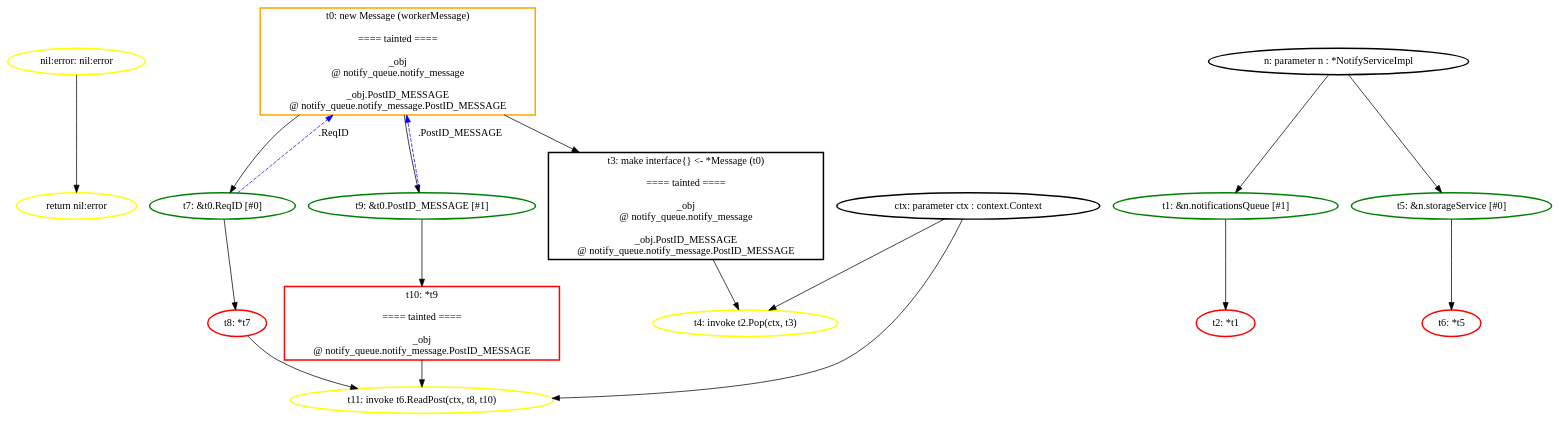
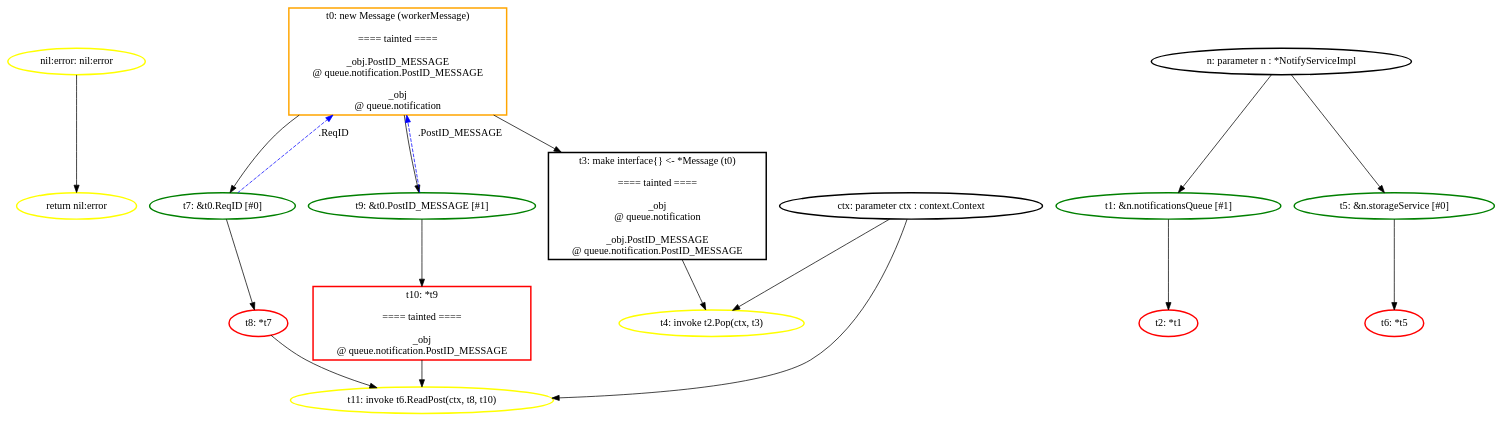
Before and after one commit to aletheia-microservices/aletheia: the diagram in ssa_analysis/analyzer/output/blueprint/postnotification/notifyservice_run/graphs/postnotification_simple.NotifyServiceImpl.workerThread.dot, drawn with Graphviz. The commit also changed 20 other files, not shown here.

```diff
--- a/ssa_analysis/analyzer/output/blueprint/postnotification/notifyservice_run/graphs/postnotification_simple.NotifyServiceImpl.workerThread.dot
+++ b/ssa_analysis/analyzer/output/blueprint/postnotification/notifyservice_run/graphs/postnotification_simple.NotifyServiceImpl.workerThread.dot
@@ -1,60 +1,60 @@
 digraph G {
 	rankdir=TD;
-	N_instr_ret_4103423 [label="return nil:error", style=bold, shape=ellipse, color="yellow"];
-	N_nil_2082022765 [label="nil:error: nil:error", style=bold, shape=ellipse, color="yellow"];
-	N_val_alloc_4103246 [label="t0: new Message (workerMessage)
+	N_instr_ret_2811594 [label="return nil:error", style=bold, shape=ellipse, color="yellow"];
+	N_nil_1697108372 [label="nil:error: nil:error", style=bold, shape=ellipse, color="yellow"];
+	N_val_alloc_2811417 [label="t0: new Message (workerMessage)
 
 ==== tainted ====
 
+_obj.PostID_MESSAGE
+@ queue.notification.PostID_MESSAGE
+
 _obj
-@ notify_queue.notify_message
-
-_obj.PostID_MESSAGE
-@ notify_queue.notify_message.PostID_MESSAGE
+@ queue.notification
 ", style=bold, shape=box, color="orange"];
-	N_val_call_4103294 [label="t4: invoke t2.Pop(ctx, t3)", style=bold, shape=ellipse, color="yellow"];
-	N_val_call_4103343 [label="t11: invoke t6.ReadPost(ctx, t8, t10)", style=bold, shape=ellipse, color="yellow"];
-	N_val_field_4103272 [label="t1: &n.notificationsQueue [#1]", style=bold, shape=ellipse, color="green"];
-	N_val_field_4103320 [label="t5: &n.storageService [#0]", style=bold, shape=ellipse, color="green"];
-	N_val_field_4103363 [label="t7: &t0.ReqID [#0]", style=bold, shape=ellipse, color="green"];
-	N_val_field_4103384 [label="t9: &t0.PostID_MESSAGE [#1]", style=bold, shape=ellipse, color="green"];
+	N_val_call_2811465 [label="t4: invoke t2.Pop(ctx, t3)", style=bold, shape=ellipse, color="yellow"];
+	N_val_call_2811514 [label="t11: invoke t6.ReadPost(ctx, t8, t10)", style=bold, shape=ellipse, color="yellow"];
+	N_val_field_2811443 [label="t1: &n.notificationsQueue [#1]", style=bold, shape=ellipse, color="green"];
+	N_val_field_2811491 [label="t5: &n.storageService [#0]", style=bold, shape=ellipse, color="green"];
+	N_val_field_2811534 [label="t7: &t0.ReqID [#0]", style=bold, shape=ellipse, color="green"];
+	N_val_field_2811555 [label="t9: &t0.PostID_MESSAGE [#1]", style=bold, shape=ellipse, color="green"];
 	N_val_ifacet3 [label="t3: make interface{} <- *Message (t0)
 
 ==== tainted ====
 
 _obj
-@ notify_queue.notify_message
+@ queue.notification
 
 _obj.PostID_MESSAGE
-@ notify_queue.notify_message.PostID_MESSAGE
+@ queue.notification.PostID_MESSAGE
 ", style=bold, shape=box, color="black"];
-	N_val_param_4103130 [label="n: parameter n : *NotifyServiceImpl", style=bold, shape=ellipse, color="black"];
-	N_val_param_4103165 [label="ctx: parameter ctx : context.Context", style=bold, shape=ellipse, color="black"];
-	N_val_unary_4103272 [label="t2: *t1", style=bold, shape=ellipse, color="red"];
-	N_val_unary_4103320 [label="t6: *t5", style=bold, shape=ellipse, color="red"];
-	N_val_unary_4103363 [label="t8: *t7", style=bold, shape=ellipse, color="red"];
-	N_val_unary_4103384 [label="t10: *t9
+	N_val_param_2811301 [label="n: parameter n : *NotifyServiceImpl", style=bold, shape=ellipse, color="black"];
+	N_val_param_2811336 [label="ctx: parameter ctx : context.Context", style=bold, shape=ellipse, color="black"];
+	N_val_unary_2811443 [label="t2: *t1", style=bold, shape=ellipse, color="red"];
+	N_val_unary_2811491 [label="t6: *t5", style=bold, shape=ellipse, color="red"];
+	N_val_unary_2811534 [label="t8: *t7", style=bold, shape=ellipse, color="red"];
+	N_val_unary_2811555 [label="t10: *t9
 
 ==== tainted ====
 
 _obj
-@ notify_queue.notify_message.PostID_MESSAGE
+@ queue.notification.PostID_MESSAGE
 ", style=bold, shape=box, color="red"];
-	N_val_param_4103130 -> N_val_field_4103272;
-	N_val_field_4103272 -> N_val_unary_4103272;
-	N_val_alloc_4103246 -> N_val_ifacet3;
-	N_val_param_4103165 -> N_val_call_4103294;
-	N_val_ifacet3 -> N_val_call_4103294;
-	N_val_param_4103130 -> N_val_field_4103320;
-	N_val_field_4103320 -> N_val_unary_4103320;
-	N_val_alloc_4103246 -> N_val_field_4103363;
-	N_val_field_4103363 -> N_val_unary_4103363;
-	N_val_alloc_4103246 -> N_val_field_4103384;
-	N_val_field_4103384 -> N_val_unary_4103384;
-	N_val_param_4103165 -> N_val_call_4103343;
-	N_val_unary_4103363 -> N_val_call_4103343;
-	N_val_unary_4103384 -> N_val_call_4103343;
-	N_nil_2082022765 -> N_instr_ret_4103423;
-	N_val_field_4103384 -> N_val_alloc_4103246 [label=".PostID_MESSAGE", style=dashed, color=blue];
-	N_val_field_4103363 -> N_val_alloc_4103246 [label=".ReqID", style=dashed, color=blue];
+	N_val_param_2811301 -> N_val_field_2811443;
+	N_val_field_2811443 -> N_val_unary_2811443;
+	N_val_alloc_2811417 -> N_val_ifacet3;
+	N_val_param_2811336 -> N_val_call_2811465;
+	N_val_ifacet3 -> N_val_call_2811465;
+	N_val_param_2811301 -> N_val_field_2811491;
+	N_val_field_2811491 -> N_val_unary_2811491;
+	N_val_alloc_2811417 -> N_val_field_2811534;
+	N_val_field_2811534 -> N_val_unary_2811534;
+	N_val_alloc_2811417 -> N_val_field_2811555;
+	N_val_field_2811555 -> N_val_unary_2811555;
+	N_val_param_2811336 -> N_val_call_2811514;
+	N_val_unary_2811534 -> N_val_call_2811514;
+	N_val_unary_2811555 -> N_val_call_2811514;
+	N_nil_1697108372 -> N_instr_ret_2811594;
+	N_val_field_2811555 -> N_val_alloc_2811417 [label=".PostID_MESSAGE", style=dashed, color=blue];
+	N_val_field_2811534 -> N_val_alloc_2811417 [label=".ReqID", style=dashed, color=blue];
 }
```
